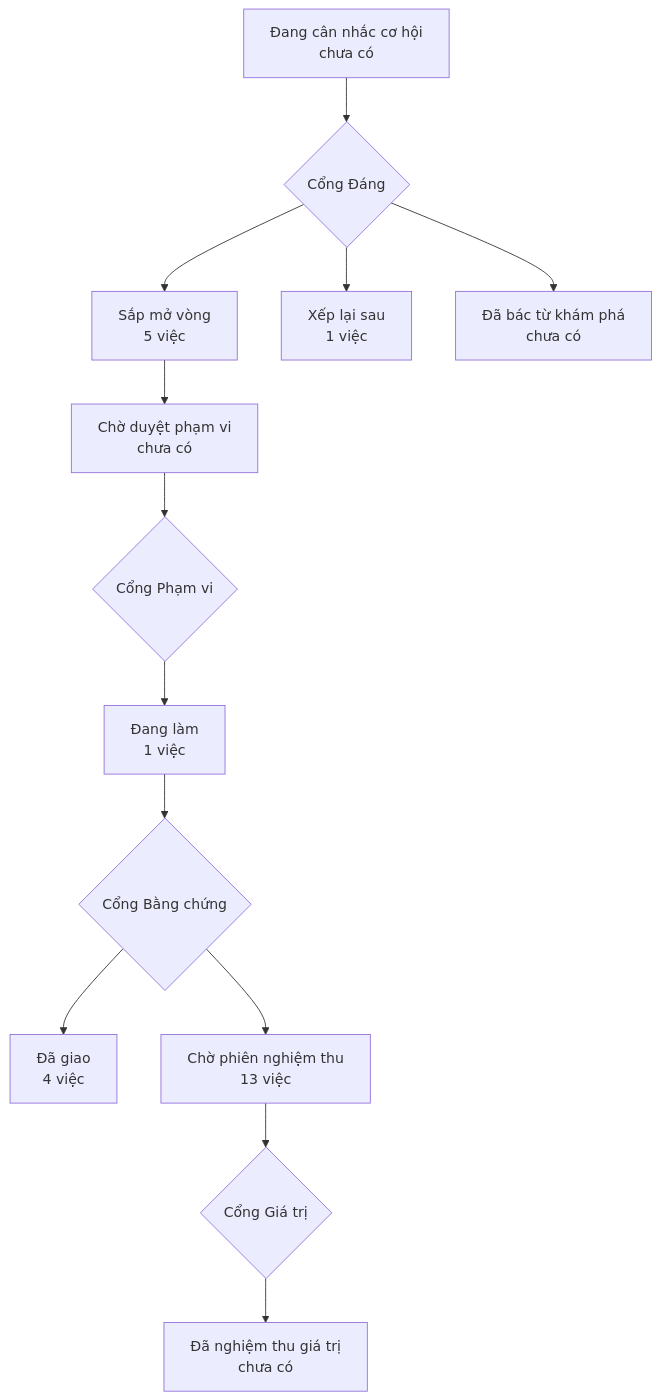
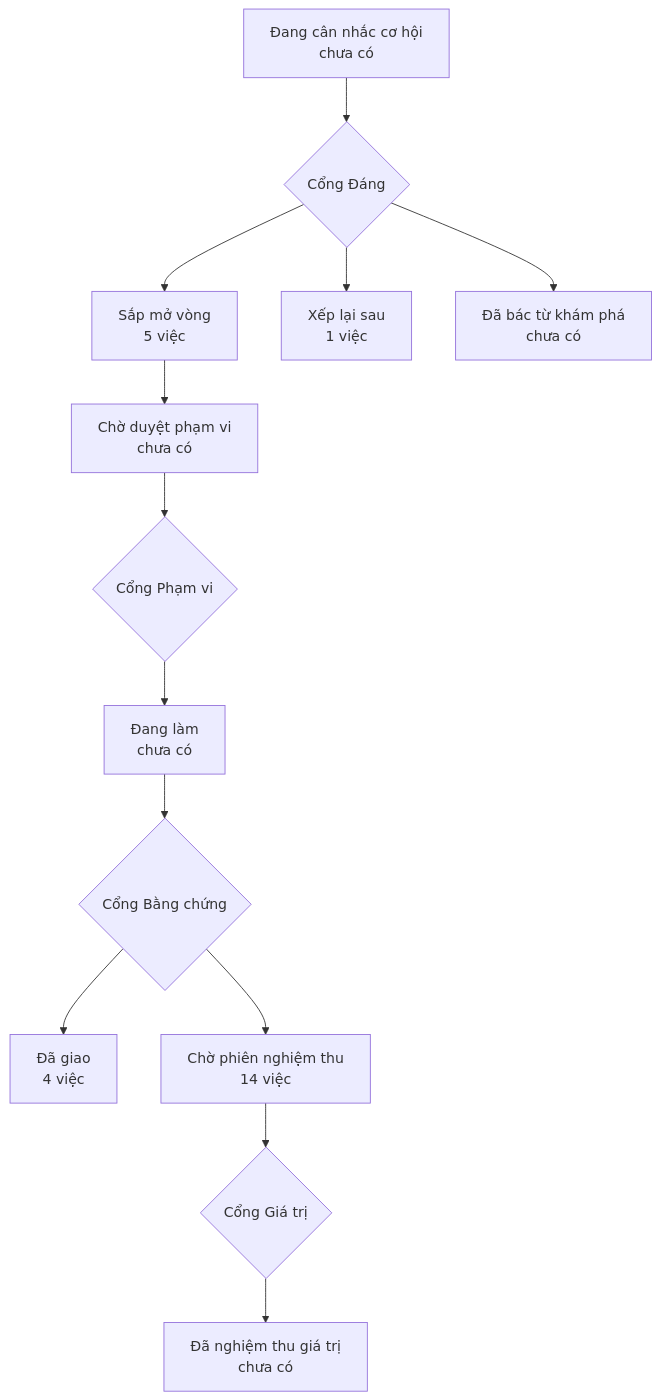
One commit to phanlemanh/onehub-quy-hang changed the diagram in PRODUCT-MAP.md. Above: the diagram before and after it, drawn with Mermaid. The commit also changed other lines of this file and 7 other files, not shown here.

````diff
--- a/PRODUCT-MAP.md
+++ b/PRODUCT-MAP.md
@@ -7,12 +7,12 @@
 ```mermaid
 flowchart TD
   A["Đang cân nhắc cơ hội<br/>chưa có"] --> GD{"Cổng Đáng"}
   GD --> B["Sắp mở vòng<br/>5 việc"]
   GD --> XL["Xếp lại sau<br/>1 việc"]
   GD --> DB["Đã bác từ khám phá<br/>chưa có"]
   B --> CD["Chờ duyệt phạm vi<br/>chưa có"] --> GP{"Cổng Phạm vi"}
-  GP --> DL["Đang làm<br/>1 việc"] --> GB{"Cổng Bằng chứng"}
+  GP --> DL["Đang làm<br/>chưa có"] --> GB{"Cổng Bằng chứng"}
   GB --> DG["Đã giao<br/>4 việc"]
-  GB --> CN["Chờ phiên nghiệm thu<br/>13 việc"] --> GG{"Cổng Giá trị"}
+  GB --> CN["Chờ phiên nghiệm thu<br/>14 việc"] --> GG{"Cổng Giá trị"}
   GG --> NT["Đã nghiệm thu giá trị<br/>chưa có"]
 ```
````
